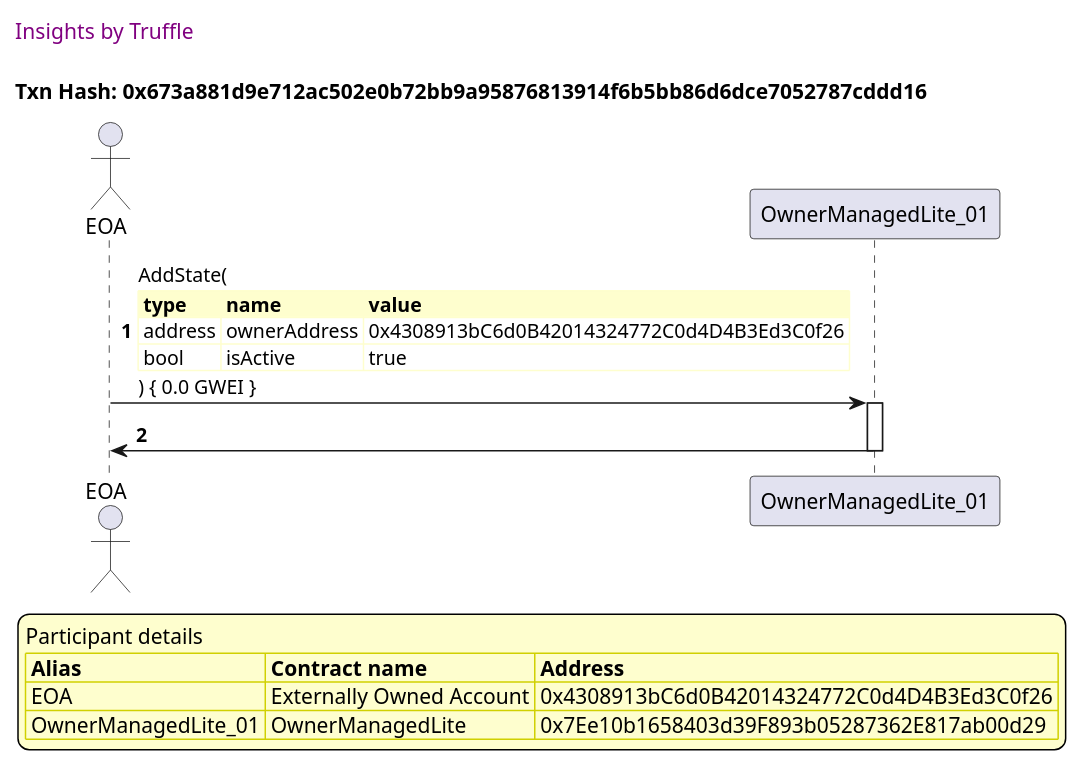
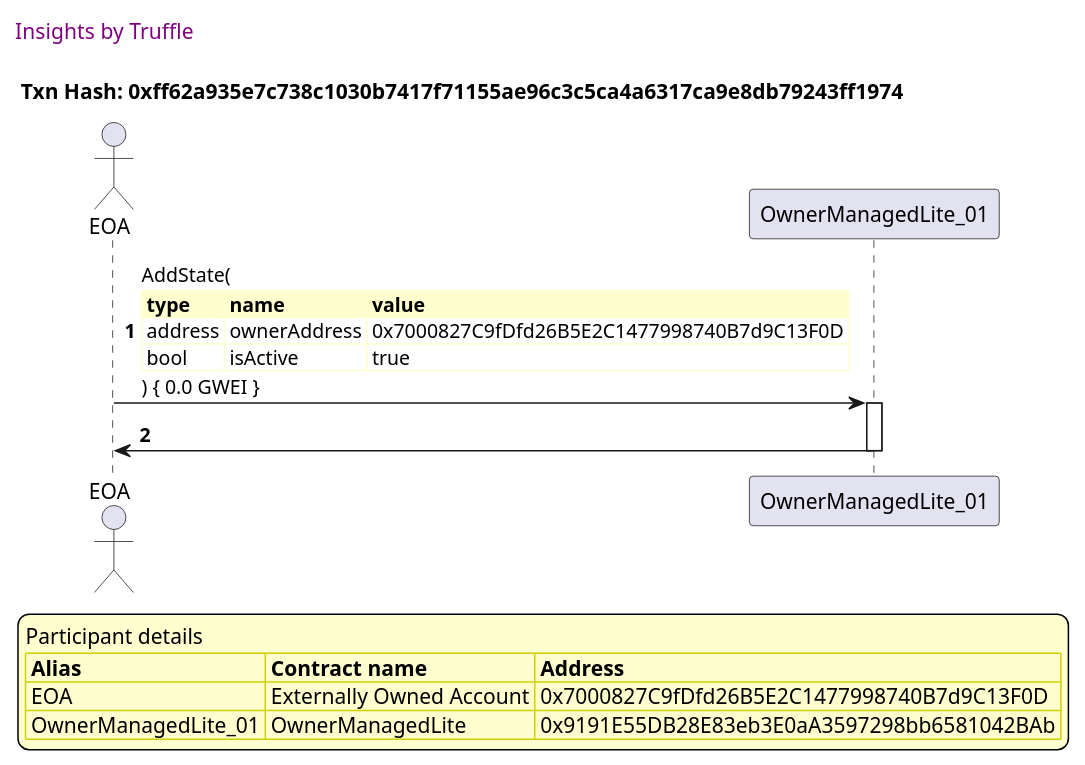
Before and after one commit to thedarkjester/ConsensysAssignment: diagram 15 of 31 in truffle-seq/OwnerManagedLite_test_griefing_prevention.md, drawn with PlantUML. The commit also changed other lines of this file and 13 other files, not shown here.

````diff
--- a/truffle-seq/OwnerManagedLite_test_griefing_prevention.md
+++ b/truffle-seq/OwnerManagedLite_test_griefing_prevention.md
@@ -749,41 +697,41 @@
 ```plantuml
 
 
 @startuml
 
 autonumber
 skinparam legendBackgroundColor #FEFECE
 
 <style>
       header {
         HorizontalAlignment left
         FontColor purple
         FontSize 14
         Padding 10
       }
     </style>
 
 header Insights by Truffle
 
-title Txn Hash: 0x673a881d9e712ac502e0b72bb9a95876813914f6b5bb86d6dce7052787cddd16
+title Txn Hash: 0xff62a935e7c738c1030b7417f71155ae96c3c5ca4a6317ca9e8db79243ff1974
 
 
 actor EOA as "EOA"
 participant OwnerManagedLite_01 as "OwnerManagedLite_01"
 
 "EOA" -> "OwnerManagedLite_01" ++: AddState(\n\
 <#FEFECE,#FEFECE>|= type |= name |= value |\n\
-| address | ownerAddress | 0x4308913bC6d0B42014324772C0d4D4B3Ed3C0f26 |\n\
+| address | ownerAddress | 0x7000827C9fDfd26B5E2C1477998740B7d9C13F0D |\n\
 | bool | isActive | true |\n\
 ) { 0.0 GWEI }
 "OwnerManagedLite_01" -> "EOA" --: 
 
 legend
 Participant details
 <#FEFECE,#D0D000>|= Alias |= Contract name |= Address |
-<#FEFECE>| EOA | Externally Owned Account | 0x4308913bC6d0B42014324772C0d4D4B3Ed3C0f26 |
-<#FEFECE>| OwnerManagedLite_01 | OwnerManagedLite | 0x7Ee10b1658403d39F893b05287362E817ab00d29 |
+<#FEFECE>| EOA | Externally Owned Account | 0x7000827C9fDfd26B5E2C1477998740B7d9C13F0D |
+<#FEFECE>| OwnerManagedLite_01 | OwnerManagedLite | 0x9191E55DB28E83eb3E0aA3597298bb6581042BAb |
 endlegend
 
 @enduml
 ```
````
